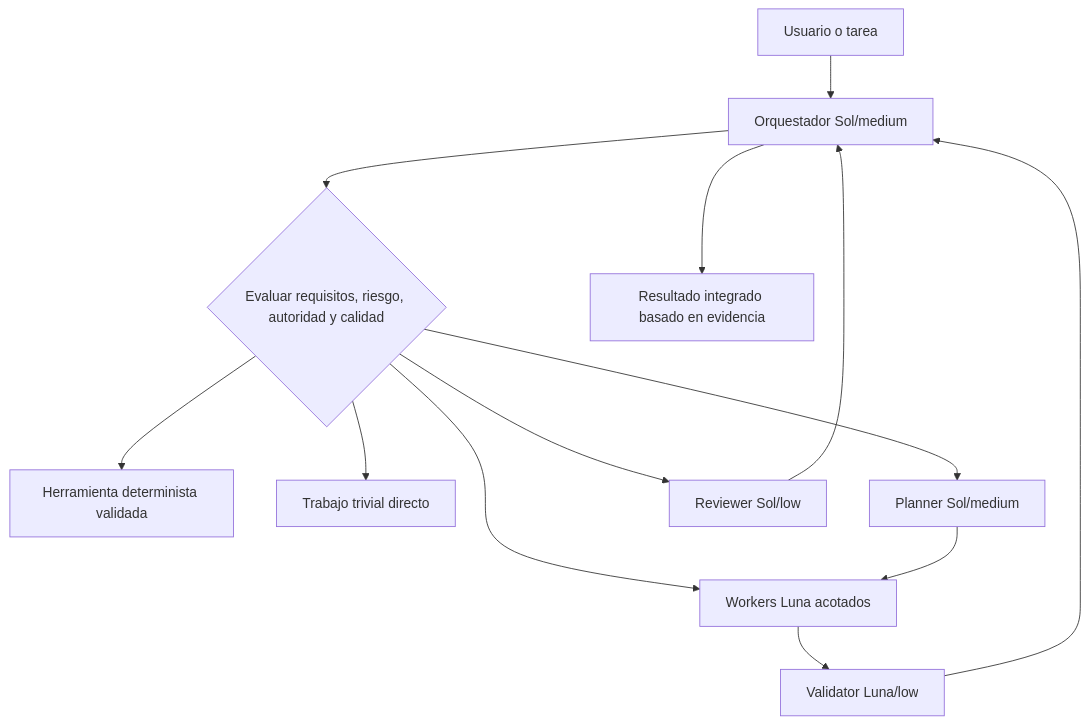
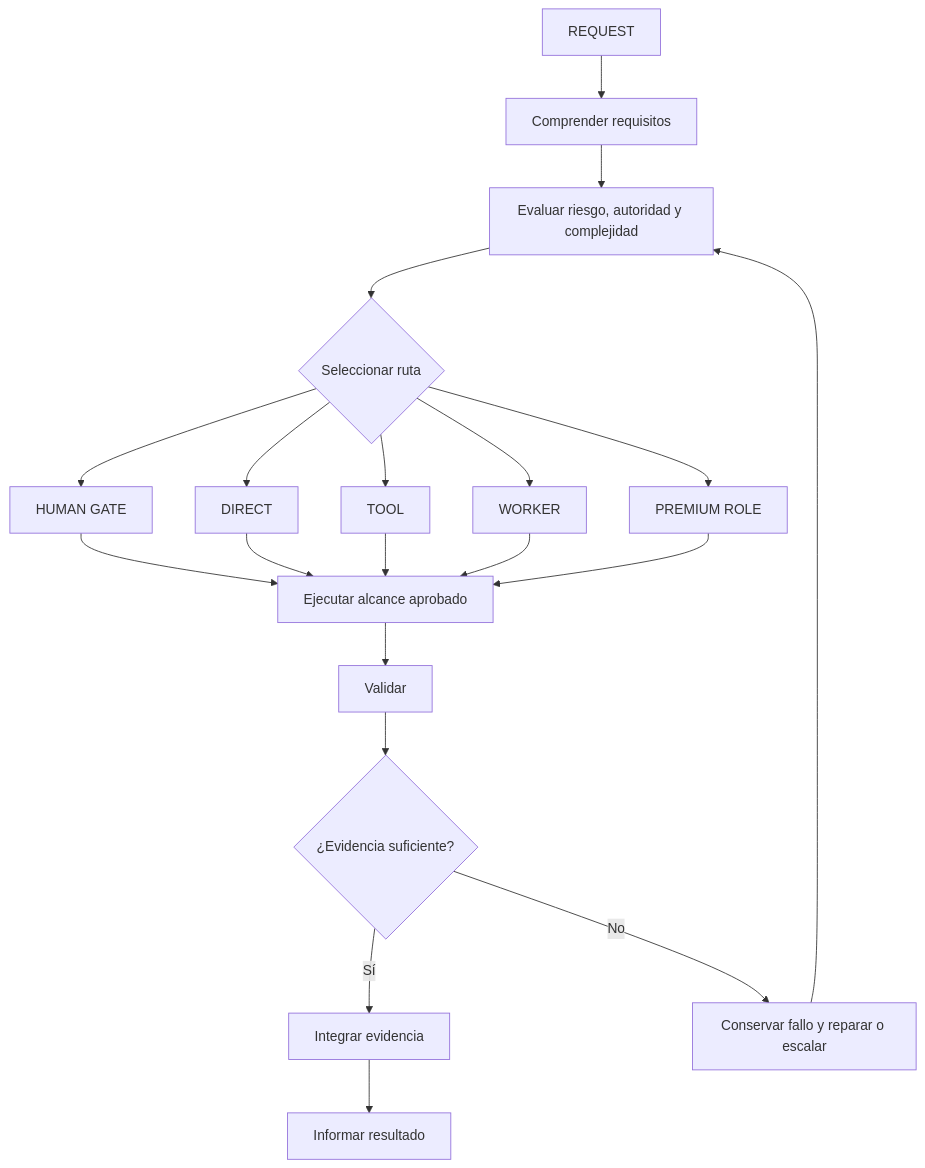
Before and after one commit to der-kaffe/bio-harness: the third of 5 diagrams in docs/architecture.md, drawn with Mermaid. The commit also changed other lines of this file and 13 other files, not shown here.

````diff
--- a/docs/architecture.md
+++ b/docs/architecture.md
@@ -7,15 +71,22 @@
 ```mermaid
 flowchart TD
-    U[Usuario o tarea] --> O[Orquestador Sol/medium]
-    O --> A{Evaluar requisitos, riesgo, autoridad y calidad}
-    A --> T[Herramienta determinista validada]
-    A --> D[Trabajo trivial directo]
-    A --> W[Workers Luna acotados]
-    A --> P[Planner Sol/medium]
-    A --> R[Reviewer Sol/low]
-    W --> V[Validator Luna/low]
-    P --> W
-    R --> O
-    V --> O
-    O --> F[Resultado integrado basado en evidencia]
+    R["REQUEST"] --> U["Comprender requisitos"]
+    U --> A["Evaluar riesgo, autoridad y complejidad"]
+    A --> S{"Seleccionar ruta"}
+    S --> D["DIRECT"]
+    S --> T["TOOL"]
+    S --> W["WORKER"]
+    S --> P["PREMIUM ROLE"]
+    S --> H["HUMAN GATE"]
+    H --> X["Ejecutar alcance aprobado"]
+    D --> X
+    T --> X
+    W --> X
+    P --> X
+    X --> V["Validar"]
+    V --> E{"¿Evidencia suficiente?"}
+    E -->|Sí| I["Integrar evidencia"]
+    I --> O["Informar resultado"]
+    E -->|No| F["Conservar fallo y reparar o escalar"]
+    F --> A
 ```
````
